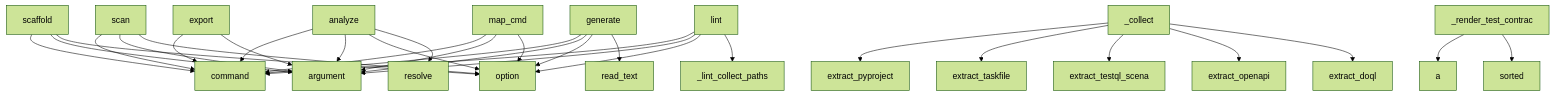
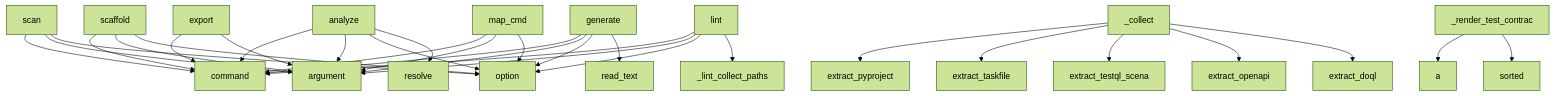
One commit to oqlos/statement changed the diagram in project/context.md. Above: the diagram before and after it, drawn with Mermaid (forest theme). The commit also changed other lines of this file and 36 other files, not shown here.

````diff
--- a/project/context.md
+++ b/project/context.md
@@ -596,33 +576,33 @@
 ```mermaid
 graph TD
+    scan --> command
+    scan --> argument
+    scan --> option
     analyze --> command
     analyze --> argument
     analyze --> option
     analyze --> resolve
     scaffold --> command
     scaffold --> argument
     scaffold --> option
-    scan --> command
-    scan --> argument
-    scan --> option
     generate --> command
     generate --> argument
     generate --> option
     generate --> read_text
     _collect --> extract_pyproject
     _collect --> extract_taskfile
     _collect --> extract_testql_scena
     _collect --> extract_openapi
     _collect --> extract_doql
     _render_test_contrac --> a
     _render_test_contrac --> sorted
     map_cmd --> command
     map_cmd --> argument
     map_cmd --> option
     lint --> command
     lint --> argument
     lint --> option
     lint --> _lint_collect_paths
     export --> command
     export --> argument
 ```
````
